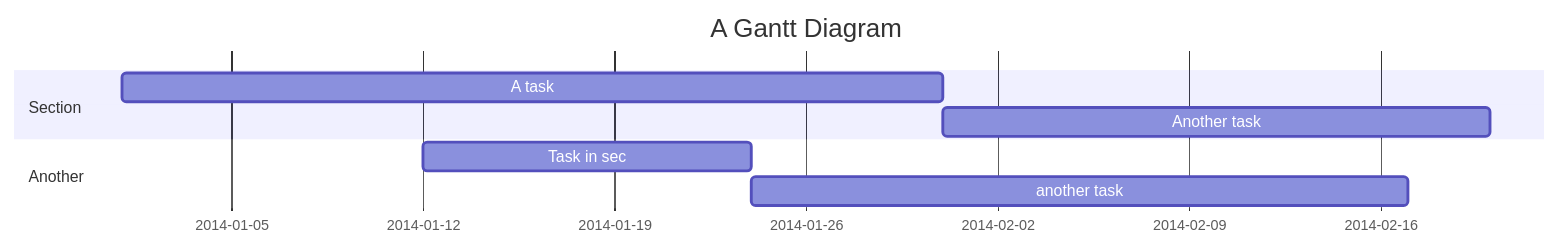
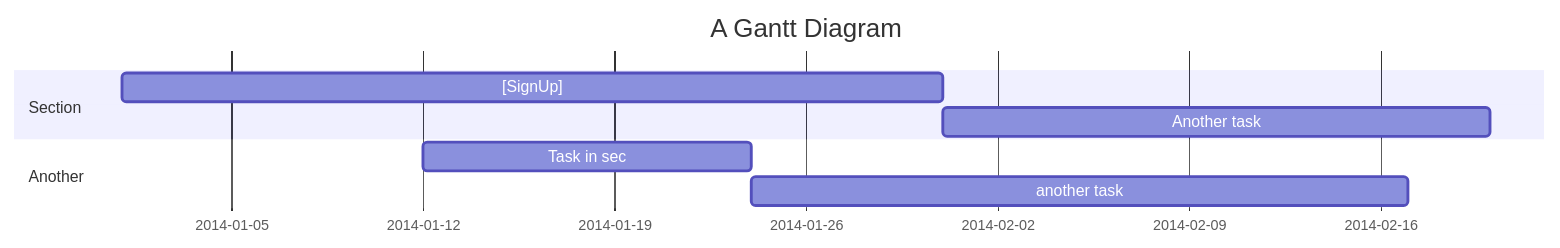
Before and after one commit to kkkimjiyong/BoardWith_FE: the diagram in README.md, drawn with Mermaid.

````diff
--- a/README.md
+++ b/README.md
@@ -12,11 +12,11 @@
 ```mermaid
 gantt
     title A Gantt Diagram
     dateFormat  YYYY-MM-DD
     section Section
-    A task           :a1, 2014-01-01, 30d
+    [SignUp] :a1, 2014-01-01, 30d
     Another task     :after a1  , 20d
     section Another
     Task in sec      :2014-01-12  , 12d
     another task      : 24d
 ```
````
